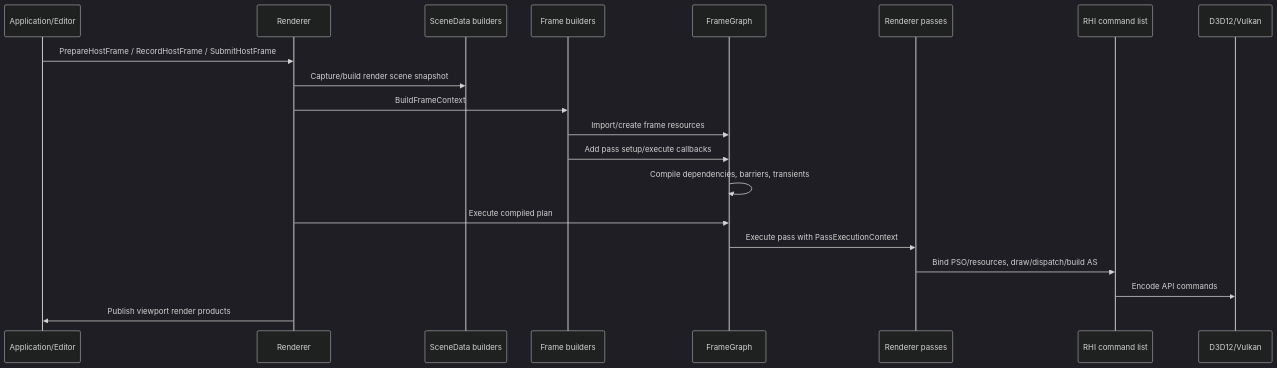
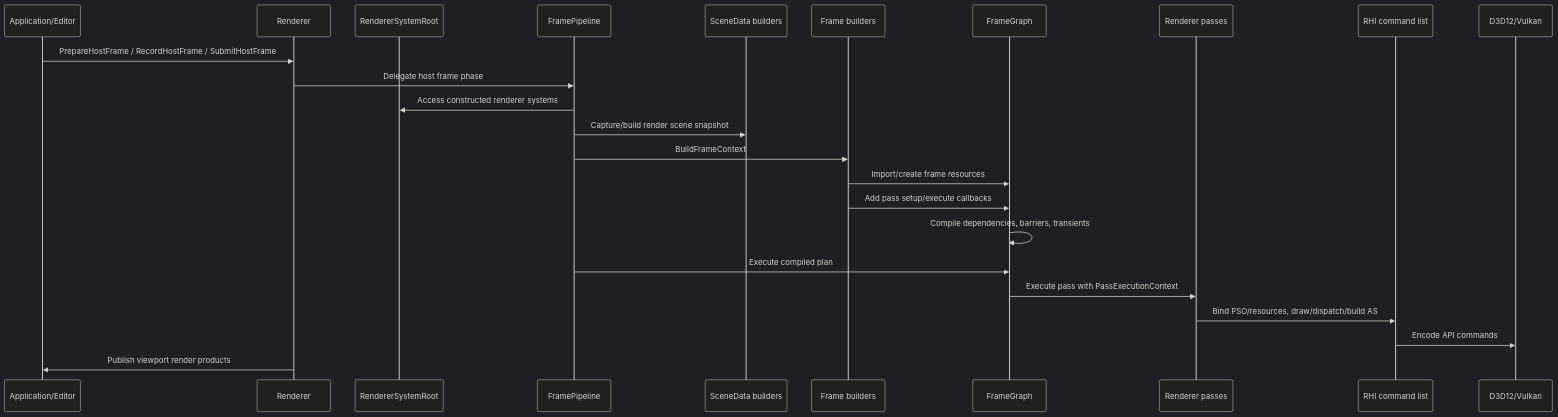
Before and after one commit to stoleckipawel/SparkleEngine: the second of 5 diagrams in docs/architecture/rendering-system-map.md, drawn with Mermaid (dark theme). The commit also changed other lines of this file and 14 other files, not shown here.

Commit message:
Decompose Renderer Into Facade, System Root, Frame Pipeline

````diff
--- a/docs/architecture/rendering-system-map.md
+++ b/docs/architecture/rendering-system-map.md
@@ -148,23 +150,27 @@
 ```mermaid
 sequenceDiagram
     participant Host as Application/Editor
     participant Renderer
+    participant Root as RendererSystemRoot
+    participant Pipeline as FramePipeline
     participant Scene as SceneData builders
     participant Frame as Frame builders
     participant FG as FrameGraph
     participant Pass as Renderer passes
     participant RHI as RHI command list
     participant Backend as D3D12/Vulkan
 
     Host->>Renderer: PrepareHostFrame / RecordHostFrame / SubmitHostFrame
-    Renderer->>Scene: Capture/build render scene snapshot
-    Renderer->>Frame: BuildFrameContext
+    Renderer->>Pipeline: Delegate host frame phase
+    Pipeline->>Root: Access constructed renderer systems
+    Pipeline->>Scene: Capture/build render scene snapshot
+    Pipeline->>Frame: BuildFrameContext
     Frame->>FG: Import/create frame resources
     Frame->>FG: Add pass setup/execute callbacks
     FG->>FG: Compile dependencies, barriers, transients
-    Renderer->>FG: Execute compiled plan
+    Pipeline->>FG: Execute compiled plan
     FG->>Pass: Execute pass with PassExecutionContext
     Pass->>RHI: Bind PSO/resources, draw/dispatch/build AS
     RHI->>Backend: Encode API commands
     Renderer->>Host: Publish viewport render products
 ```
````
